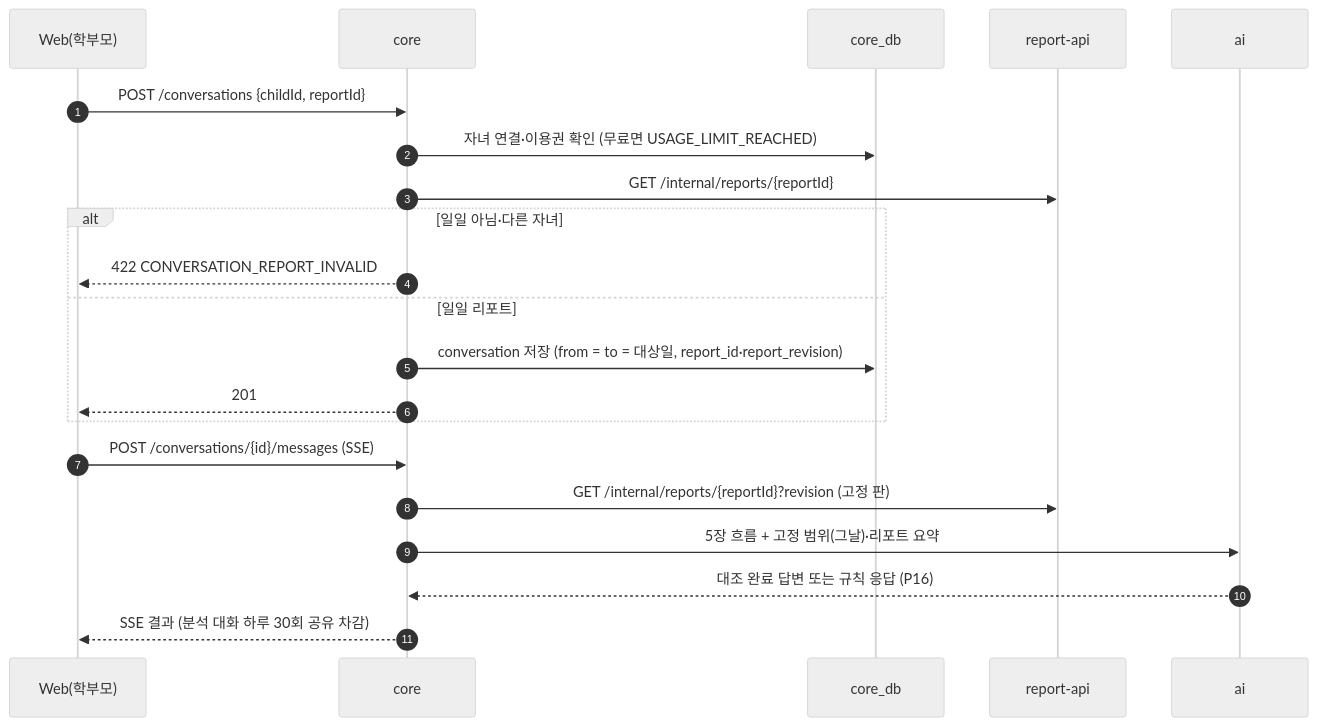
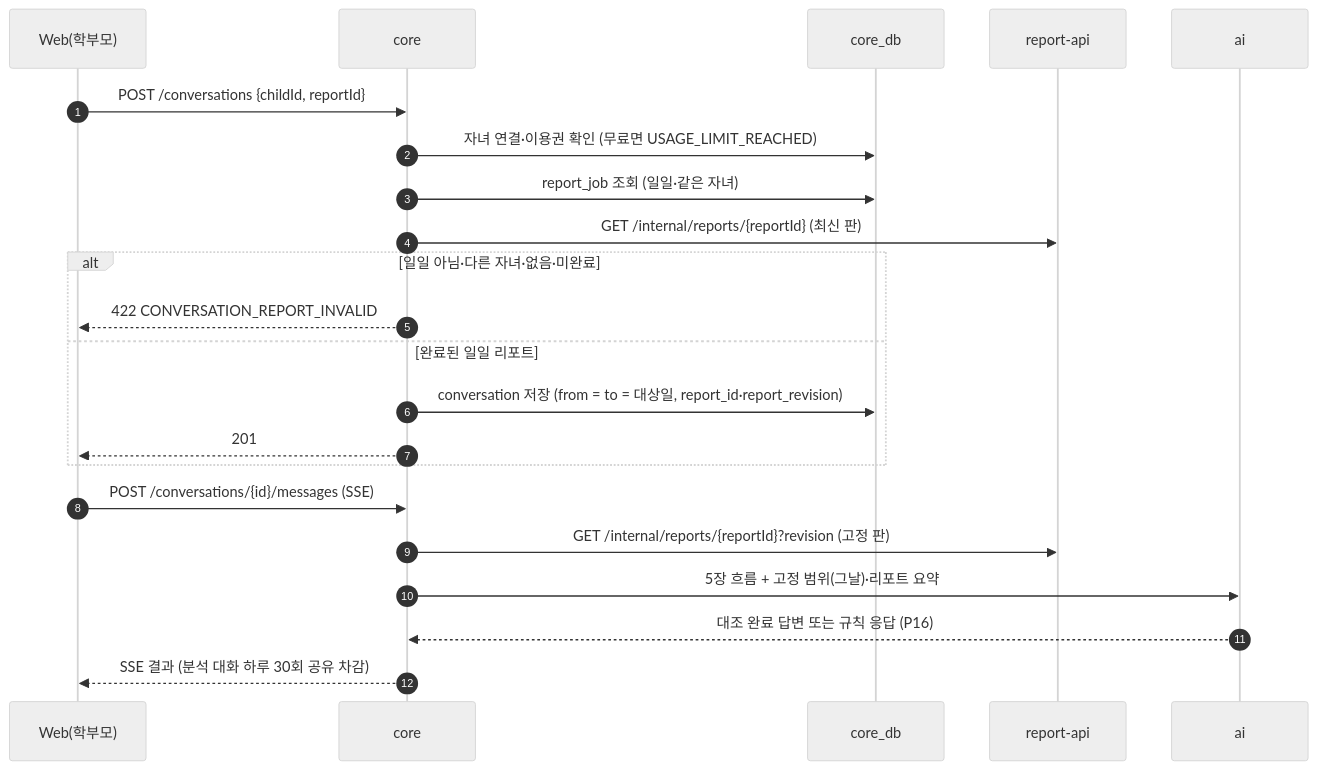
Diagram 19 of 33 in docs/design/sequence-diagram.md (SKNETWORKS-FAMILY-AICAMP/SKN34-FINAL-3TEAM), drawn with Mermaid (neutral theme) before and after one commit. The commit also changed other lines of this file and 27 other files, not shown here.

````diff
--- a/docs/design/sequence-diagram.md
+++ b/docs/design/sequence-diagram.md
@@ -771,24 +771,25 @@
 ```mermaid
 sequenceDiagram
   autonumber
   participant W as Web(학부모)
   participant C as core
   participant CDB as core_db
   participant R as report-api
   participant A as ai
 
   W->>C: POST /conversations {childId, reportId}
   C->>CDB: 자녀 연결·이용권 확인 (무료면 USAGE_LIMIT_REACHED)
-  C->>R: GET /internal/reports/{reportId}
-  alt 일일 아님·다른 자녀
+  C->>CDB: report_job 조회 (일일·같은 자녀)
+  C->>R: GET /internal/reports/{reportId} (최신 판)
+  alt 일일 아님·다른 자녀·없음·미완료
     C-->>W: 422 CONVERSATION_REPORT_INVALID
-  else 일일 리포트
+  else 완료된 일일 리포트
     C->>CDB: conversation 저장 (from = to = 대상일, report_id·report_revision)
     C-->>W: 201
   end
   W->>C: POST /conversations/{id}/messages (SSE)
   C->>R: GET /internal/reports/{reportId}?revision (고정 판)
   C->>A: 5장 흐름 + 고정 범위(그날)·리포트 요약
   A-->>C: 대조 완료 답변 또는 규칙 응답 (P16)
   C-->>W: SSE 결과 (분석 대화 하루 30회 공유 차감)
 ```
````
